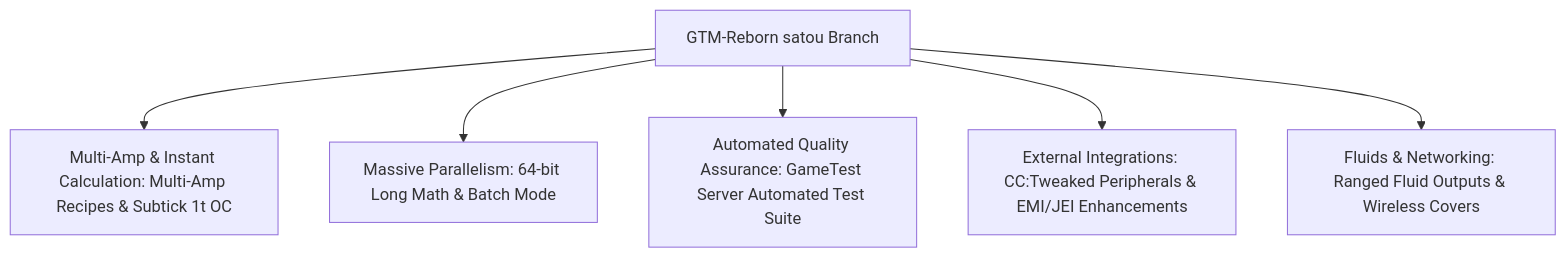
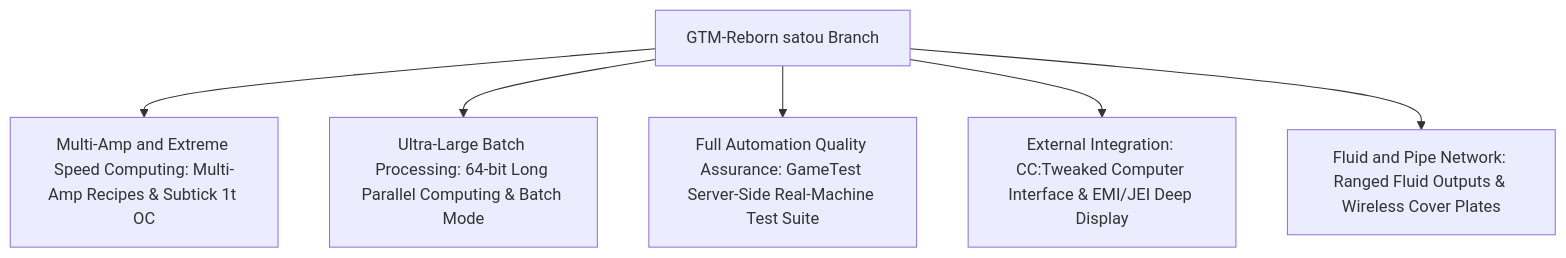
The diagram in docs/en/gtm-reborn/index.md (takanashisatou/GregtechEasy-Docs), drawn with Mermaid before and after one commit. The commit also changed other lines of this file and 99 other files, not shown here.

````diff
--- a/docs/en/gtm-reborn/index.md
+++ b/docs/en/gtm-reborn/index.md
@@ -11,8 +11,8 @@
 ```mermaid
 graph TD
-    A[GTM-Reborn satou Branch] --> B[Multi-Amp & Instant Calculation: Multi-Amp Recipes & Subtick 1t OC]
-    A --> C[Massive Parallelism: 64-bit Long Math & Batch Mode]
-    A --> D[Automated Quality Assurance: GameTest Server Automated Test Suite]
-    A --> E[External Integrations: CC:Tweaked Peripherals & EMI/JEI Enhancements]
-    A --> F[Fluids & Networking: Ranged Fluid Outputs & Wireless Covers]
+    A[GTM-Reborn satou Branch] --> B[Multi-Amp and Extreme Speed Computing: Multi-Amp Recipes & Subtick 1t OC]
+    A --> C[Ultra-Large Batch Processing: 64-bit Long Parallel Computing & Batch Mode]
+    A --> D[Full Automation Quality Assurance: GameTest Server-Side Real-Machine Test Suite]
+    A --> E[External Integration: CC:Tweaked Computer Interface & EMI/JEI Deep Display]
+    A --> F[Fluid and Pipe Network: Ranged Fluid Outputs & Wireless Cover Plates]
 ```
````
